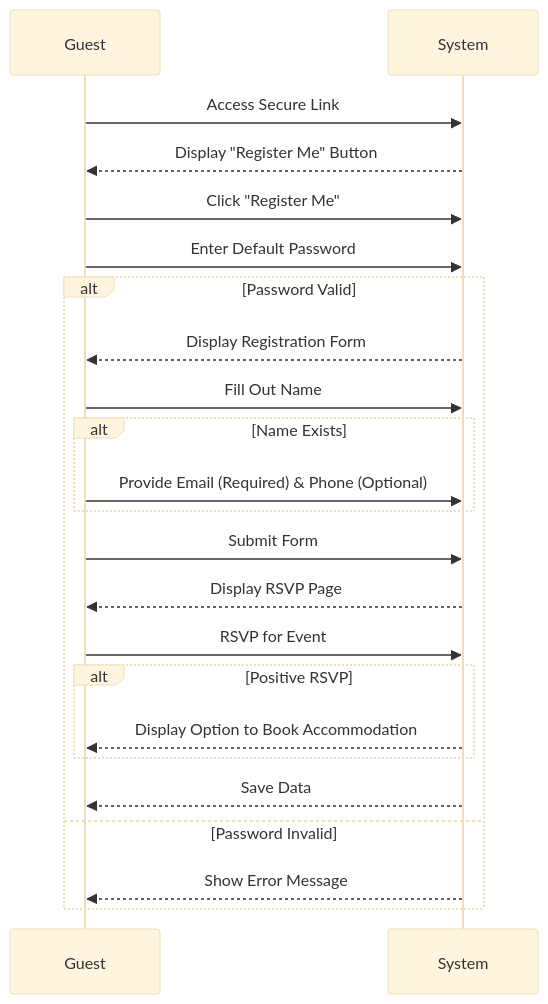
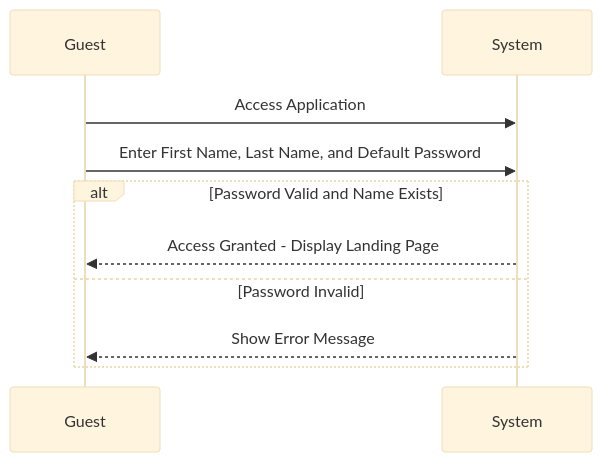
The second of 42 diagrams in docs/use_cases.md (and1teachera/wedding-site), drawn with Mermaid (base theme) before and after one commit. The commit also changed other lines of this file, not shown here.

````diff
--- a/docs/use_cases.md
+++ b/docs/use_cases.md
@@ -81,26 +53,14 @@
 ``` mermaid
-sequenceDiagram
-    participant Guest
-    participant System
-
-    Guest->>System: Access Secure Link
-    System-->>Guest: Display "Register Me" Button
-    Guest->>System: Click "Register Me"
-    Guest->>System: Enter Default Password
-    alt Password Valid
-        System-->>Guest: Display Registration Form
-        Guest->>System: Fill Out Name
-        alt Name Exists
-            Guest->>System: Provide Email (Required) & Phone (Optional)
-        end
-        Guest->>System: Submit Form
-        System-->>Guest: Display RSVP Page
-        Guest->>System: RSVP for Event
-        alt Positive RSVP
-            System-->>Guest: Display Option to Book Accommodation
-        end
-        System-->>Guest: Save Data
-    else Password Invalid
-        System-->>Guest: Show Error Message
-    end
+	sequenceDiagram
+	    participant Guest
+	    participant System
+	
+	    Guest->>System: Access Application
+	    Guest->>System: Enter First Name, Last Name, and Default Password
+	
+	    alt Password Valid and Name Exists
+	        System-->>Guest: Access Granted - Display Landing Page
+	    else Password Invalid
+	        System-->>Guest: Show Error Message
+	    end
 ```
````
